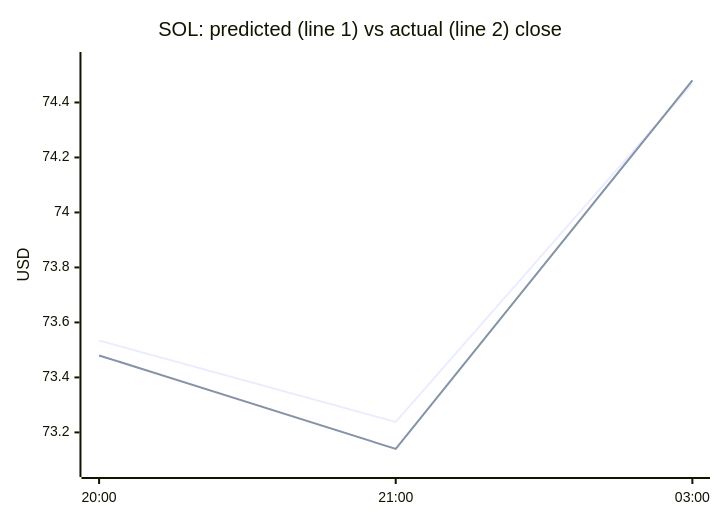
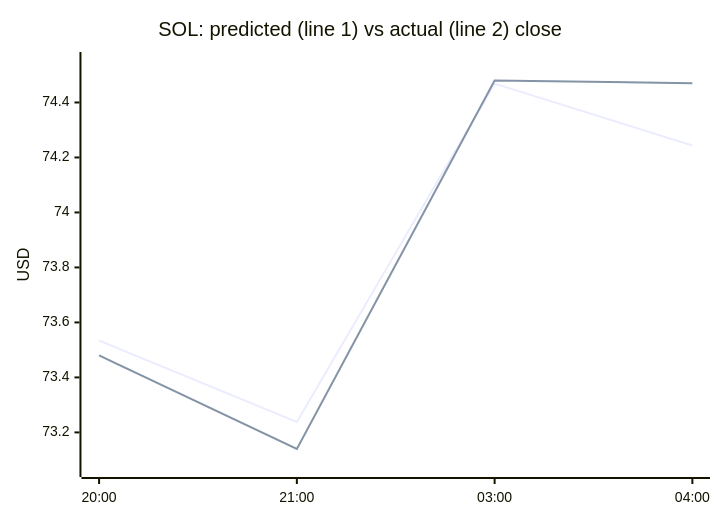
The third of 4 diagrams in README.md (samuelkreitl-wq/crypto-hourly-forecaster), drawn with Mermaid before and after one commit. The commit also changed other lines of this file and 14 other files, not shown here.

````diff
--- a/README.md
+++ b/README.md
@@ -56,8 +56,8 @@
 ```mermaid
 xychart-beta
     title "SOL: predicted (line 1) vs actual (line 2) close"
-    x-axis ["20:00", "21:00", "03:00"]
+    x-axis ["20:00", "21:00", "03:00", "04:00"]
     y-axis "USD" 73.0669 --> 74.5545
-    line [73.5341, 73.2381, 74.4685]
-    line [73.4800, 73.1400, 74.4800]
+    line [73.5341, 73.2381, 74.4685, 74.2437]
+    line [73.4800, 73.1400, 74.4800, 74.4700]
 ```
````
